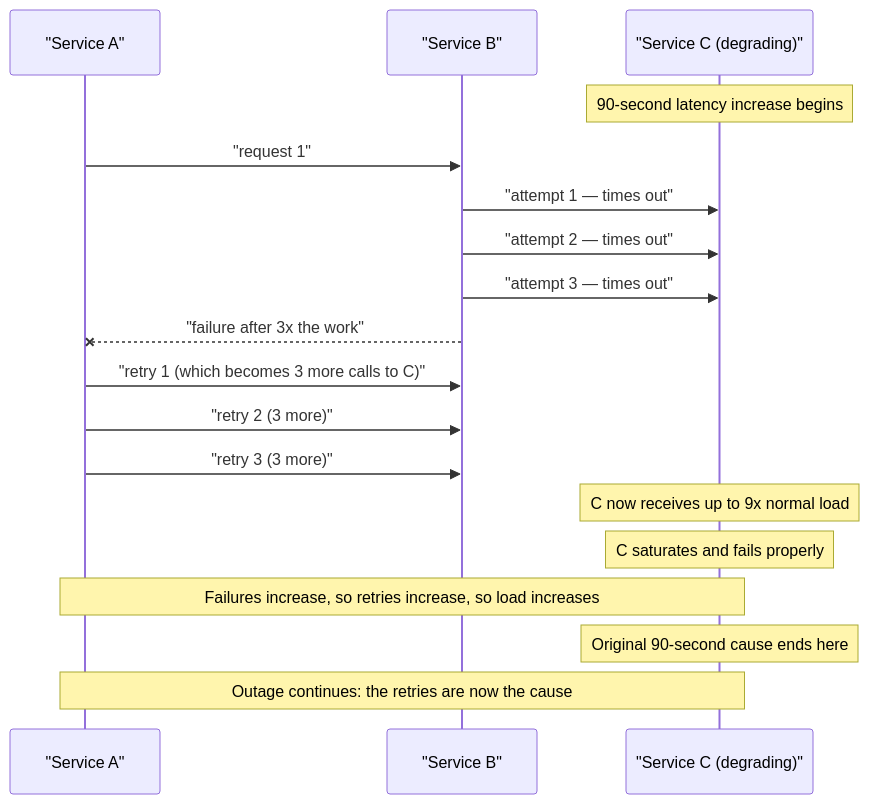
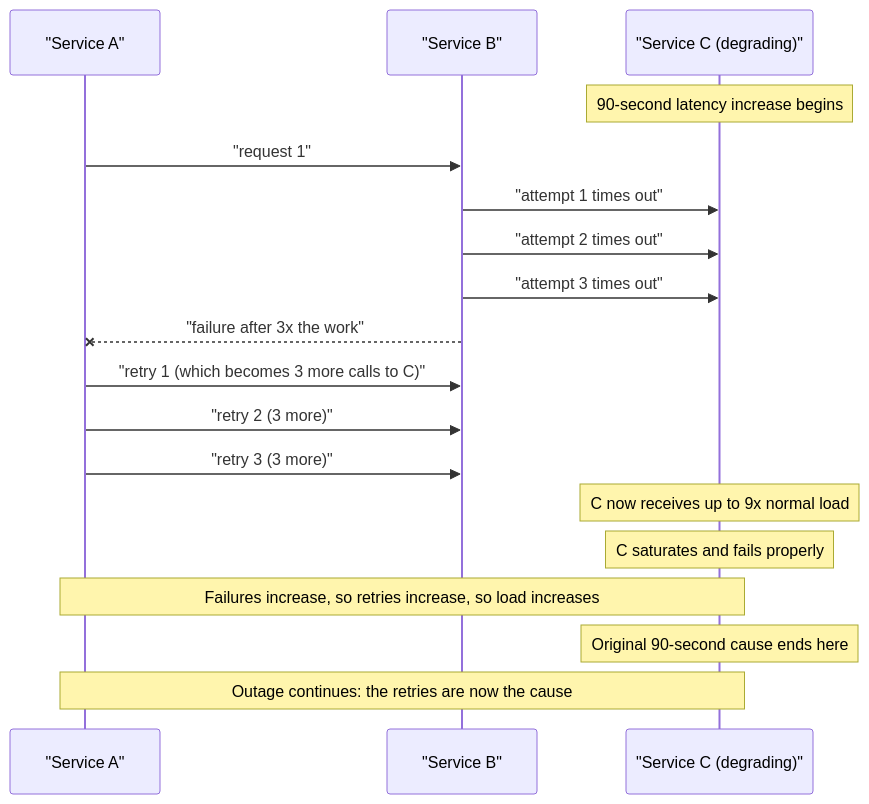
Before and after one commit to norbutlepcha25/dso303: the first of 5 diagrams in docs/unit4/topic3.md, drawn with Mermaid. The commit also changed other lines of this file and 76 other files, not shown here.

````diff
--- a/docs/unit4/topic3.md
+++ b/docs/unit4/topic3.md
@@ -150,20 +111,20 @@
 ```mermaid
 sequenceDiagram
     participant A as "Service A"
     participant B as "Service B"
     participant C as "Service C (degrading)"
     Note over C: 90-second latency increase begins
     A->>B: "request 1"
-    B->>C: "attempt 1 — times out"
-    B->>C: "attempt 2 — times out"
-    B->>C: "attempt 3 — times out"
+    B->>C: "attempt 1  times out"
+    B->>C: "attempt 2  times out"
+    B->>C: "attempt 3  times out"
     B--xA: "failure after 3x the work"
     A->>B: "retry 1 (which becomes 3 more calls to C)"
     A->>B: "retry 2 (3 more)"
     A->>B: "retry 3 (3 more)"
     Note over C: C now receives up to 9x normal load
     Note over C: C saturates and fails properly
     Note over A,C: Failures increase, so retries increase, so load increases
     Note over C: Original 90-second cause ends here
     Note over A,C: Outage continues: the retries are now the cause
 ```
````
